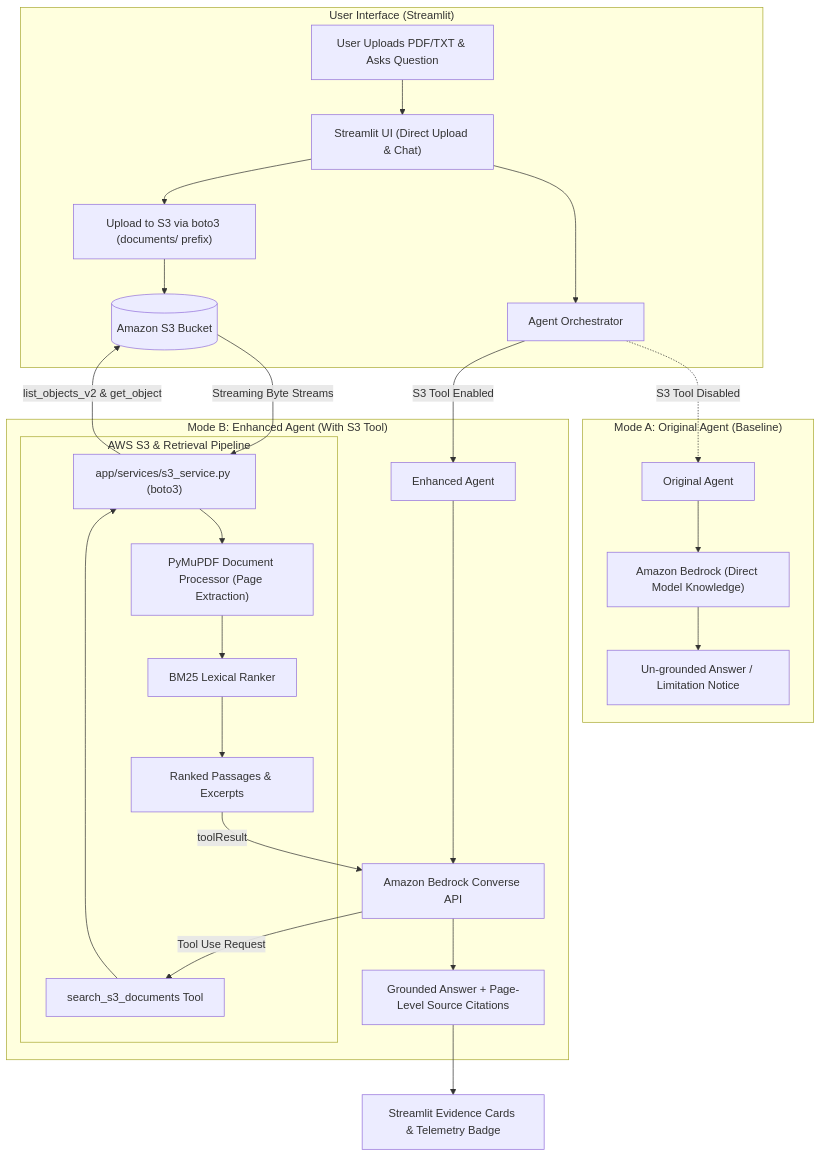
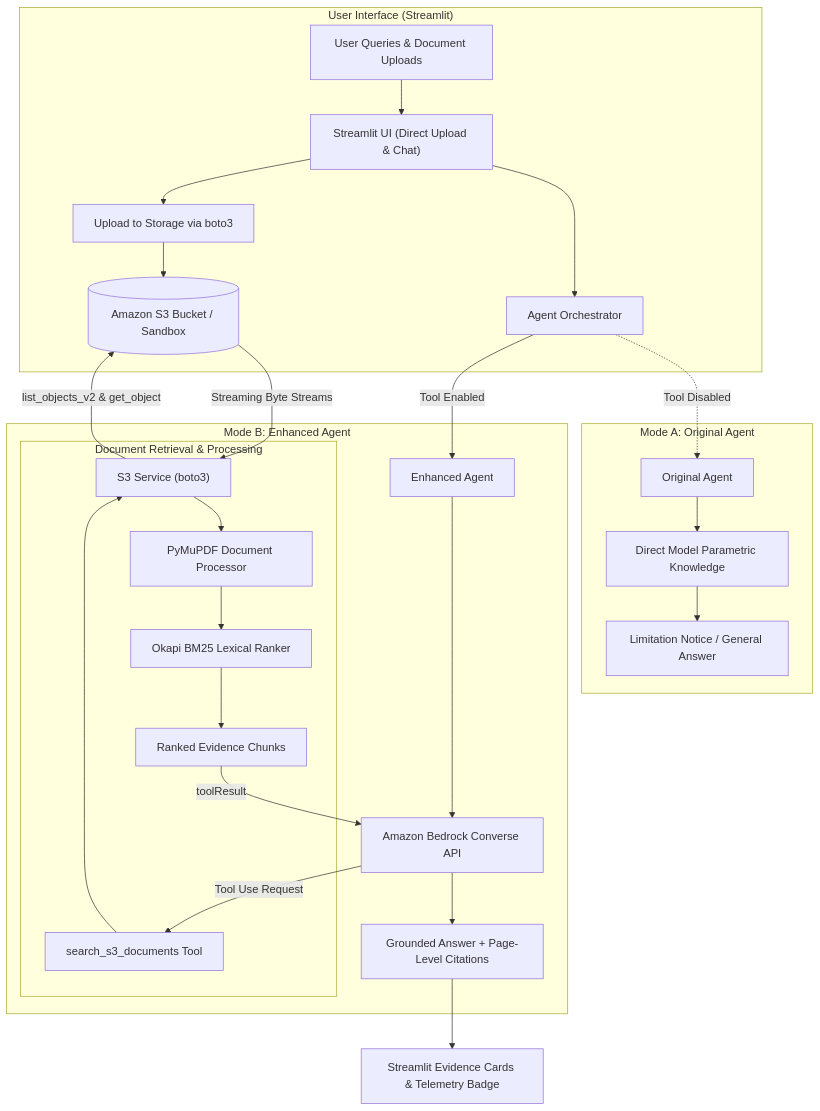
The diagram in README.md (chandana-builds/DocuMind-AI-Intelligent-Document-Retrieval-Agent), drawn with Mermaid before and after one commit. The commit also changed other lines of this file, not shown here.

````diff
--- a/README.md
+++ b/README.md
@@ -37,35 +49,36 @@
 ```mermaid
 flowchart TD
     subgraph UI ["User Interface (Streamlit)"]
-        User["User Uploads PDF/TXT & Asks Question"] --> App["Streamlit UI (Direct Upload & Chat)"]
-        App --> S3Up["Upload to S3 via boto3 (documents/ prefix)"]
-        S3Up --> S3Bucket[("Amazon S3 Bucket")]
+        User["User Queries & Document Uploads"] --> App["Streamlit UI (Direct Upload & Chat)"]
+        App --> S3Up["Upload to Storage via boto3"]
+        S3Up --> S3Bucket[("Amazon S3 Bucket / Sandbox")]
         App --> Orch["Agent Orchestrator"]
     end
 
-    subgraph Baseline ["Mode A: Original Agent (Baseline)"]
-        Orch -.->|S3 Tool Disabled| OrigAgent["Original Agent"]
-        OrigAgent --> BedrockOrig["Amazon Bedrock (Direct Model Knowledge)"]
-        BedrockOrig --> OrigResp["Un-grounded Answer / Limitation Notice"]
+    subgraph Baseline ["Mode A: Original Agent"]
+        Orch -.->|Tool Disabled| OrigAgent["Original Agent"]
+        OrigAgent --> BedrockOrig["Direct Model Parametric Knowledge"]
+        OrigResp["Limitation Notice / General Answer"]
+        BedrockOrig --> OrigResp
     end
 
-    subgraph Enhanced ["Mode B: Enhanced Agent (With S3 Tool)"]
-        Orch -->|S3 Tool Enabled| EnhAgent["Enhanced Agent"]
+    subgraph Enhanced ["Mode B: Enhanced Agent"]
+        Orch -->|Tool Enabled| EnhAgent["Enhanced Agent"]
         EnhAgent --> BedrockConverse["Amazon Bedrock Converse API"]
         BedrockConverse -->|Tool Use Request| ToolCall["search_s3_documents Tool"]
         
-        subgraph AWS_Integration ["AWS S3 & Retrieval Pipeline"]
-            ToolCall --> S3Service["app/services/s3_service.py (boto3)"]
+        subgraph Pipeline ["Document Retrieval & Processing"]
+            ToolCall --> S3Service["S3 Service (boto3)"]
             S3Service -->|list_objects_v2 & get_object| S3Bucket
             S3Bucket -->|Streaming Byte Streams| S3Service
-            S3Service --> DocProc["PyMuPDF Document Processor (Page Extraction)"]
-            DocProc --> Ranker["BM25 Lexical Ranker"]
-            Ranker --> Evidence["Ranked Passages & Excerpts"]
+            S3Service --> DocProc["PyMuPDF Document Processor"]
+            DocProc --> Ranker["Okapi BM25 Lexical Ranker"]
+            Ranker --> Evidence["Ranked Evidence Chunks"]
         end
 
         Evidence -->|toolResult| BedrockConverse
-        BedrockConverse --> GroundedAnswer["Grounded Answer + Page-Level Source Citations"]
+        BedrockConverse --> GroundedAnswer["Grounded Answer + Page-Level Citations"]
     end
 
     GroundedAnswer --> Display["Streamlit Evidence Cards & Telemetry Badge"]
 ```
````
